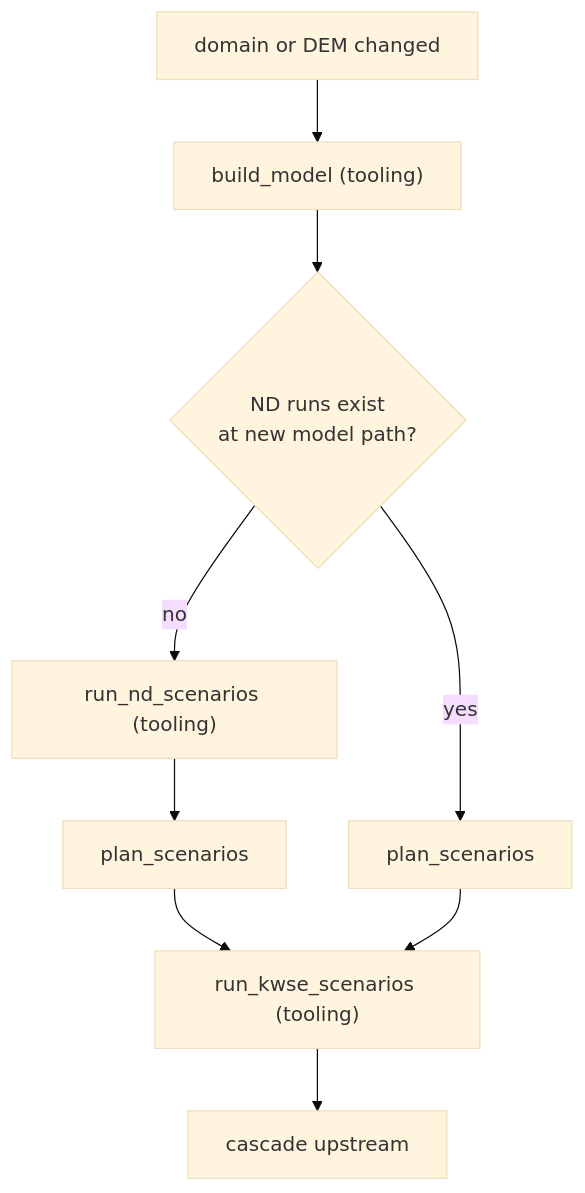
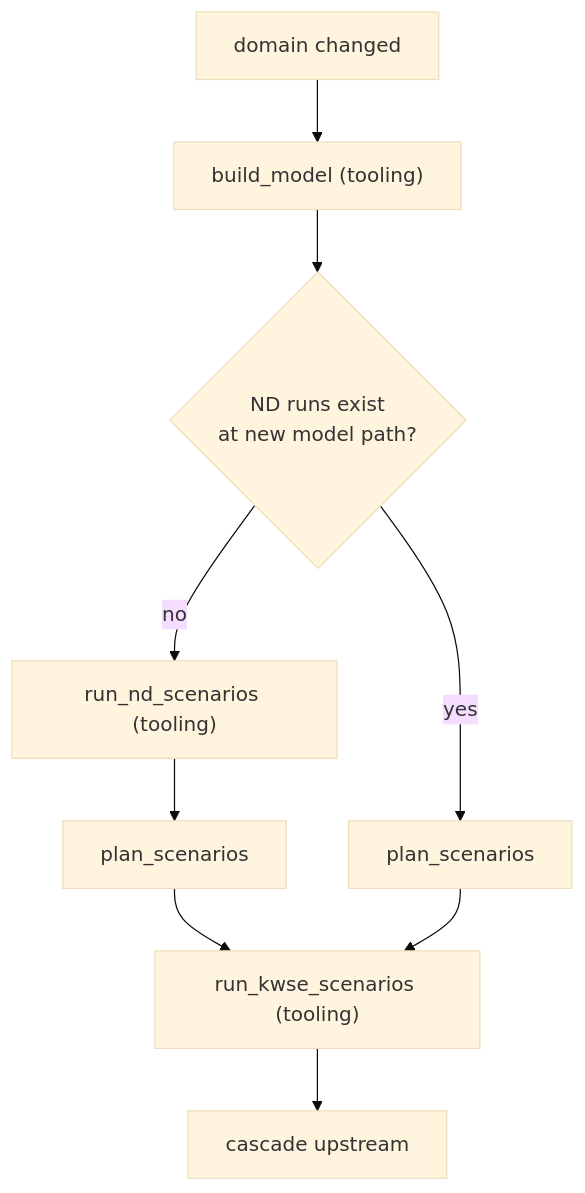
One commit to NOAA-OWP/twod-fim-knowledge-base changed the third of 6 diagrams in system-design/triggers-and-propagation.md. Above: the diagram before and after it, drawn with Mermaid (base theme). The commit also changed other lines of this file and 4 other files, not shown here.

Commit message:
Update guides based on db schema

````diff
--- a/system-design/triggers-and-propagation.md
+++ b/system-design/triggers-and-propagation.md
@@ -73,11 +71,11 @@
 ```mermaid
 flowchart TD
-    T["domain or DEM changed"] --> Build["build_model (tooling)"]
+    T["domain changed"] --> Build["build_model (tooling)"]
     Build --> NDCheck{"ND runs exist<br/>at new model path?"}
     NDCheck -- "no" --> ND["run_nd_scenarios (tooling)"]
     ND --> Plan["plan_scenarios"]
     Plan --> KWSE
     NDCheck -- "yes" --> Plan2["plan_scenarios"]
     Plan2 --> KWSE["run_kwse_scenarios (tooling)"]
     KWSE --> Prop["cascade upstream"]
 ```
````
